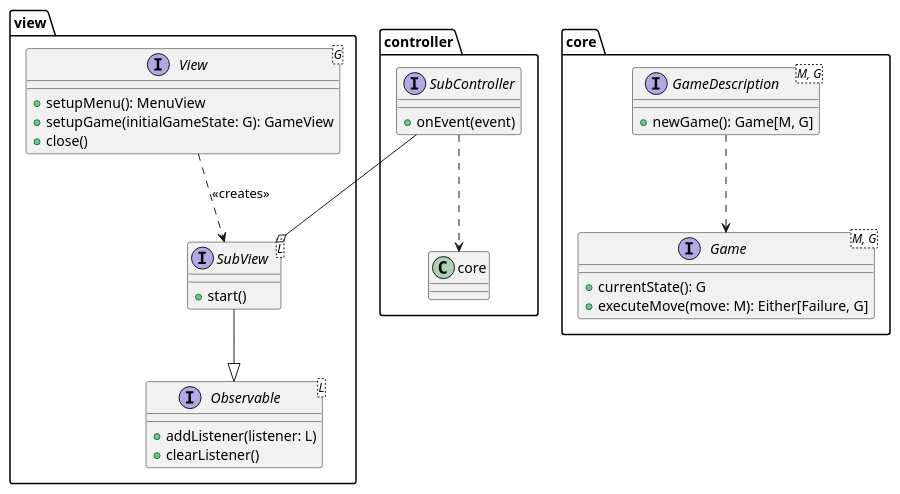
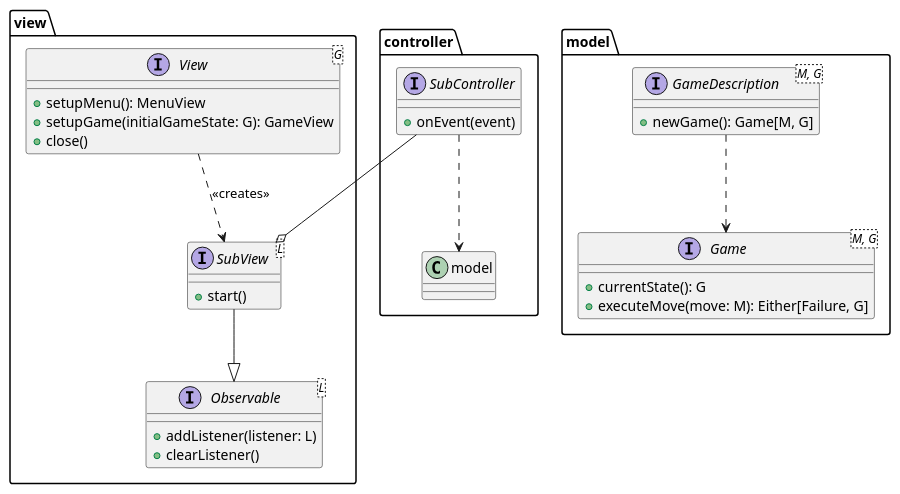
Before and after one commit to francescodente/PPS-19-s-bags: the diagram in doc/modeling/architecture/main_class_diagram.plantuml, drawn with PlantUML. The commit also changed 3 other files, not shown here.

Commit message:
docs: first draft of architectural design

```diff
--- a/doc/modeling/architecture/main_class_diagram.plantuml
+++ b/doc/modeling/architecture/main_class_diagram.plantuml
@@ -1,46 +1,46 @@
 @startuml main_class_diagram
 
 package view {
     interface View<G> {
         +setupMenu(): MenuView
         +setupGame(initialGameState: G): GameView
         +close()
     }
 
     interface SubView<L> {
         +start()
     }
 
     interface Observable<L> {
         +addListener(listener: L)
         +clearListener()
     }
 
     View ..> SubView : <<creates>>
 
     SubView --|> Observable
 }
 
 package controller {
     interface SubController {
         +onEvent(event)
     }
 
-    SubController ..> core
+    SubController ..> model
     SubController --o SubView
 }
 
-package core {
+package model {
     interface GameDescription<M, G> {
         +newGame(): Game[M, G]
     }
 
     interface Game<M, G> {
         +currentState(): G
         +executeMove(move: M): Either[Failure, G]
     }
 
     GameDescription ..> Game
 }
 
 @enduml
```
